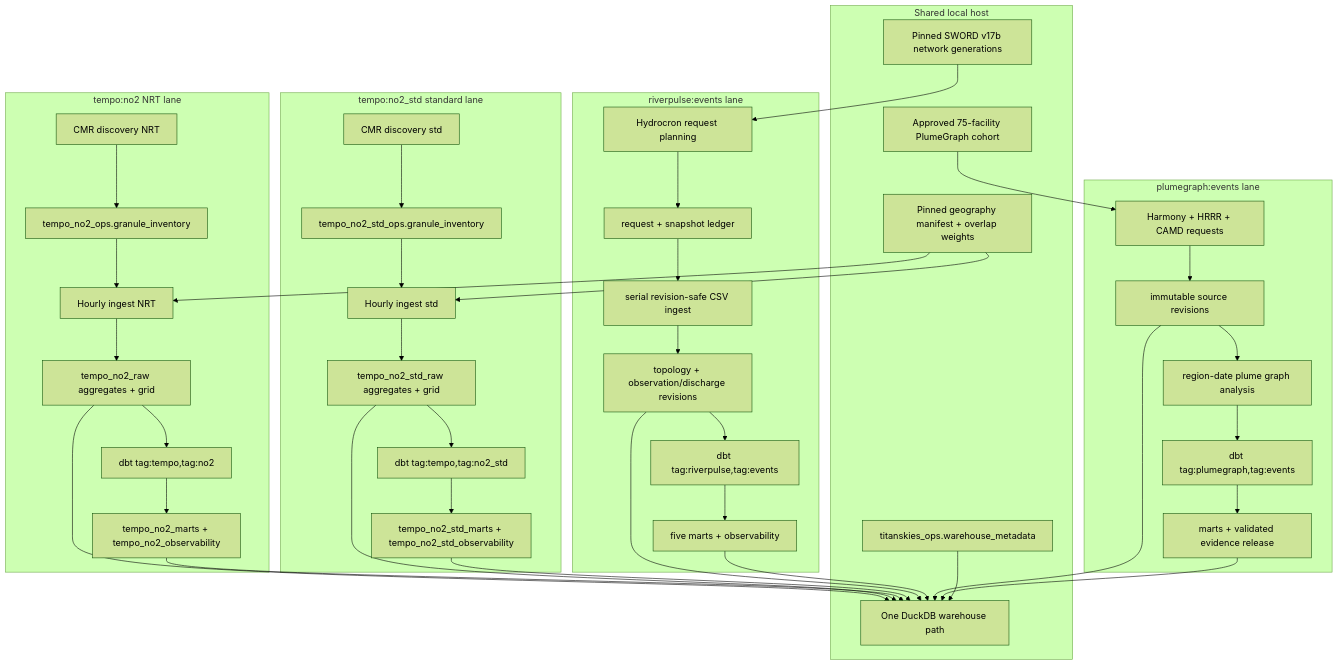
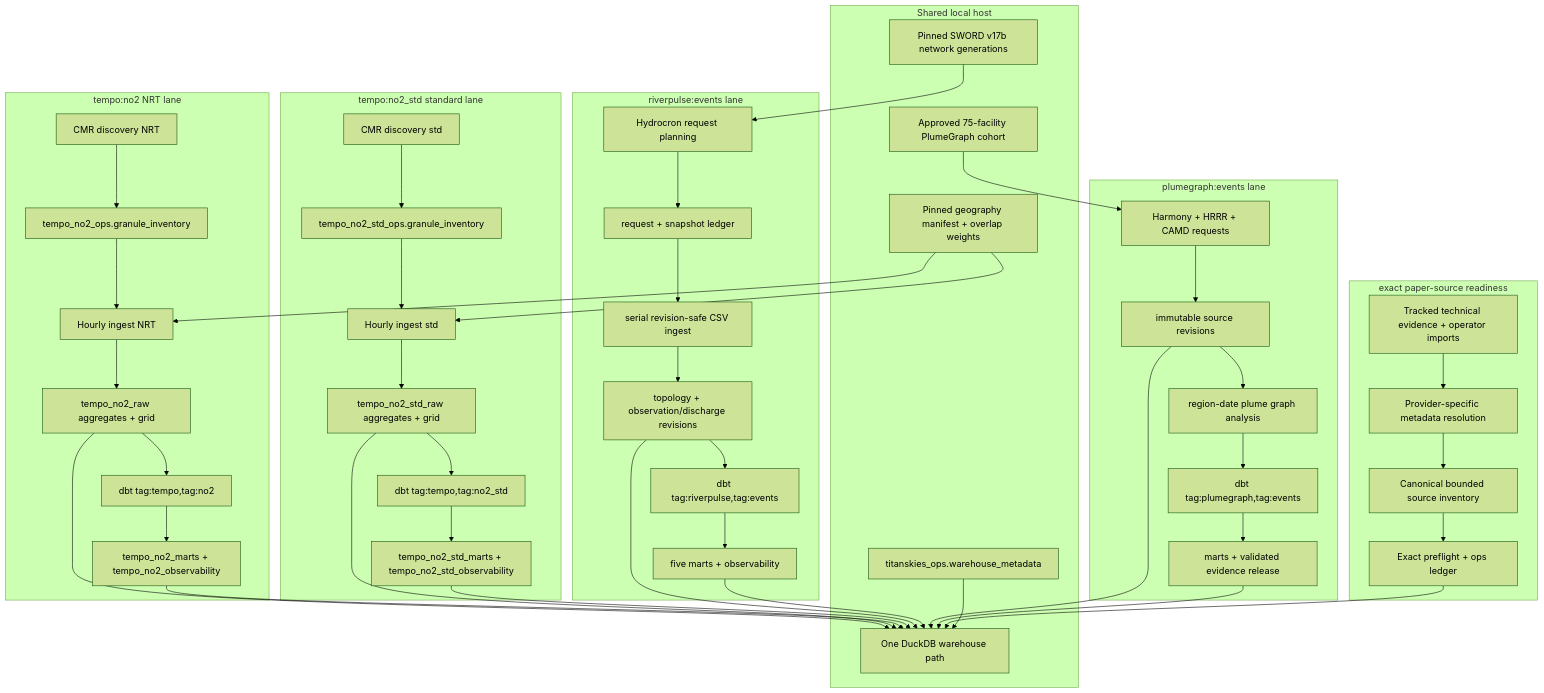
Before and after one commit to hypertrial/titanskies-pipeline: the diagram in docs/concepts/architecture.md, drawn with Mermaid (forest theme). The commit also changed other lines of this file and 39 other files, not shown here.

Commit message:
Add exact paper-source readiness

````diff
--- a/docs/concepts/architecture.md
+++ b/docs/concepts/architecture.md
@@ -20,63 +22,72 @@
 ```mermaid
 flowchart TB
   subgraph shared["Shared local host"]
     geo["Pinned geography manifest + overlap weights"]
     sword["Pinned SWORD v17b network generations"]
     cohort["Approved 75-facility PlumeGraph cohort"]
     duck["One DuckDB warehouse path"]
     stamp["titanskies_ops.warehouse_metadata"]
   end
 
   subgraph nrt["tempo:no2 NRT lane"]
     nrtDisc["CMR discovery NRT"]
     nrtLedger["tempo_no2_ops.granule_inventory"]
     nrtIngest["Hourly ingest NRT"]
     nrtRaw["tempo_no2_raw aggregates + grid"]
     nrtDbt["dbt tag:tempo,tag:no2"]
     nrtMarts["tempo_no2_marts + tempo_no2_observability"]
     nrtDisc --> nrtLedger --> nrtIngest --> nrtRaw --> nrtDbt --> nrtMarts
   end
 
   subgraph std["tempo:no2_std standard lane"]
     stdDisc["CMR discovery std"]
     stdLedger["tempo_no2_std_ops.granule_inventory"]
     stdIngest["Hourly ingest std"]
     stdRaw["tempo_no2_std_raw aggregates + grid"]
     stdDbt["dbt tag:tempo,tag:no2_std"]
     stdMarts["tempo_no2_std_marts + tempo_no2_std_observability"]
     stdDisc --> stdLedger --> stdIngest --> stdRaw --> stdDbt --> stdMarts
   end
 
   subgraph rivers["riverpulse:events lane"]
     riverDisc["Hydrocron request planning"]
     riverLedger["request + snapshot ledger"]
     riverIngest["serial revision-safe CSV ingest"]
     riverRaw["topology + observation/discharge revisions"]
     riverDbt["dbt tag:riverpulse,tag:events"]
     riverMarts["five marts + observability"]
     riverDisc --> riverLedger --> riverIngest --> riverRaw --> riverDbt --> riverMarts
   end
 
   subgraph plumes["plumegraph:events lane"]
     plumeDisc["Harmony + HRRR + CAMD requests"]
     plumeLedger["immutable source revisions"]
     plumeAnalysis["region-date plume graph analysis"]
     plumeDbt["dbt tag:plumegraph,tag:events"]
     plumeRelease["marts + validated evidence release"]
     plumeDisc --> plumeLedger --> plumeAnalysis --> plumeDbt --> plumeRelease
   end
 
+  subgraph repro["exact paper-source readiness"]
+    evidence["Tracked technical evidence + operator imports"]
+    resolve["Provider-specific metadata resolution"]
+    inventory["Canonical bounded source inventory"]
+    preflight["Exact preflight + ops ledger"]
+    evidence --> resolve --> inventory --> preflight
+  end
+
   geo --> nrtIngest
   geo --> stdIngest
   sword --> riverDisc
   cohort --> plumeDisc
   nrtRaw --> duck
   stdRaw --> duck
   nrtMarts --> duck
   stdMarts --> duck
   riverRaw --> duck
   riverMarts --> duck
   plumeLedger --> duck
   plumeRelease --> duck
+  preflight --> duck
   stamp --> duck
 ```
````
